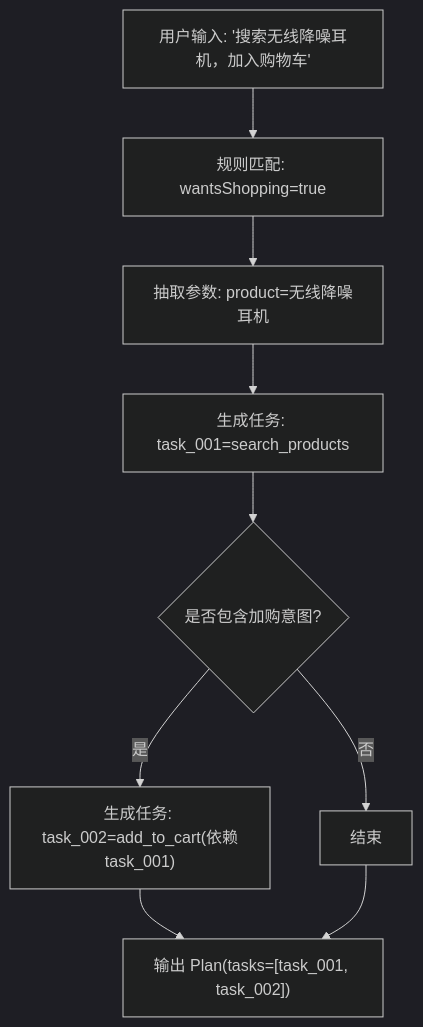
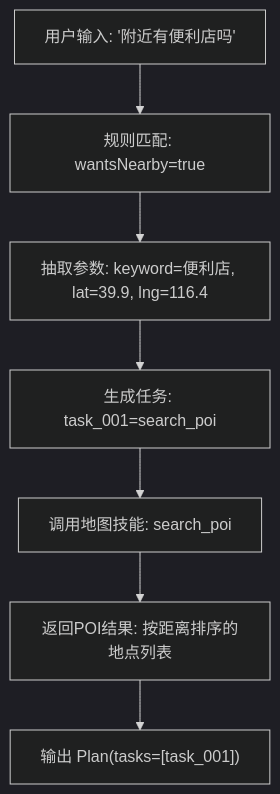
One commit to Ichi-Hackton/WAIC-WeChat-MiniProgram changed the seventh of 8 diagrams in .qoder/repowiki/zh/content/LLM集成/规则规划器.md. Above: the diagram before and after it, drawn with Mermaid (dark theme). The commit also changed other lines of this file and 28 other files, not shown here.

````diff
--- a/.qoder/repowiki/zh/content/LLM集成/规则规划器.md
+++ b/.qoder/repowiki/zh/content/LLM集成/规则规划器.md
@@ -361,11 +426,9 @@
 ```mermaid
 flowchart TD
-A["用户输入: '搜索无线降噪耳机，加入购物车'"] --> B["规则匹配: wantsShopping=true"]
-B --> C["抽取参数: product=无线降噪耳机"]
-C --> D["生成任务: task_001=search_products"]
-D --> E{"是否包含加购意图?"}
-E --> |是| F["生成任务: task_002=add_to_cart(依赖task_001)"]
-E --> |否| G["结束"]
-F --> H["输出 Plan(tasks=[task_001, task_002])"]
-G --> H
+A["用户输入: '附近有便利店吗'"] --> B["规则匹配: wantsNearby=true"]
+B --> C["抽取参数: keyword=便利店, lat=39.9, lng=116.4"]
+C --> D["生成任务: task_001=search_poi"]
+D --> E["调用地图技能: search_poi"]
+E --> F["返回POI结果: 按距离排序的地点列表"]
+F --> G["输出 Plan(tasks=[task_001])"]
 ```
````
